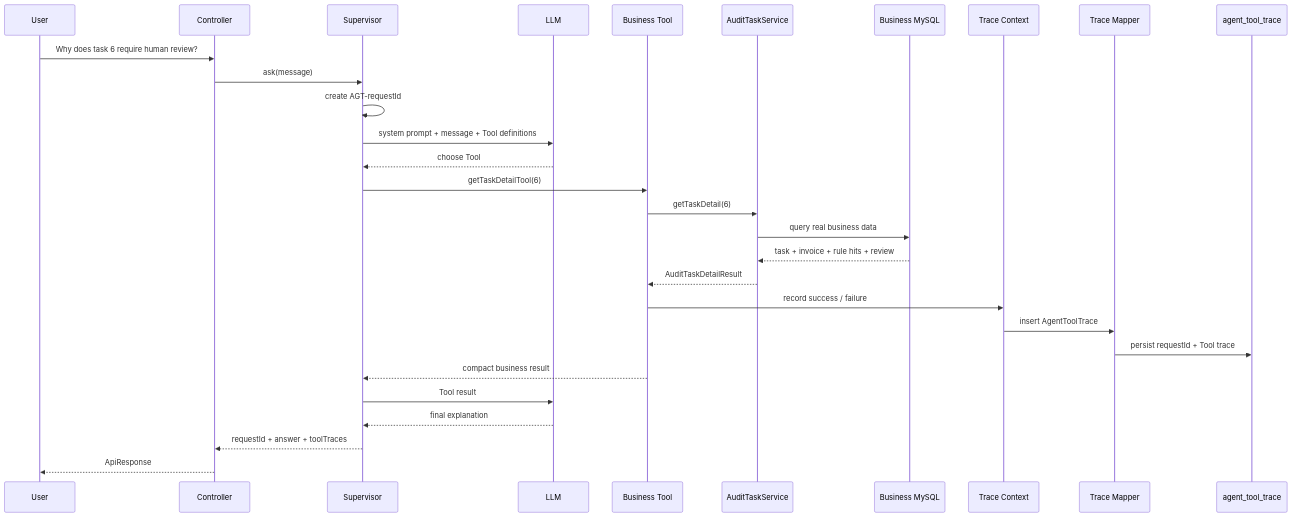
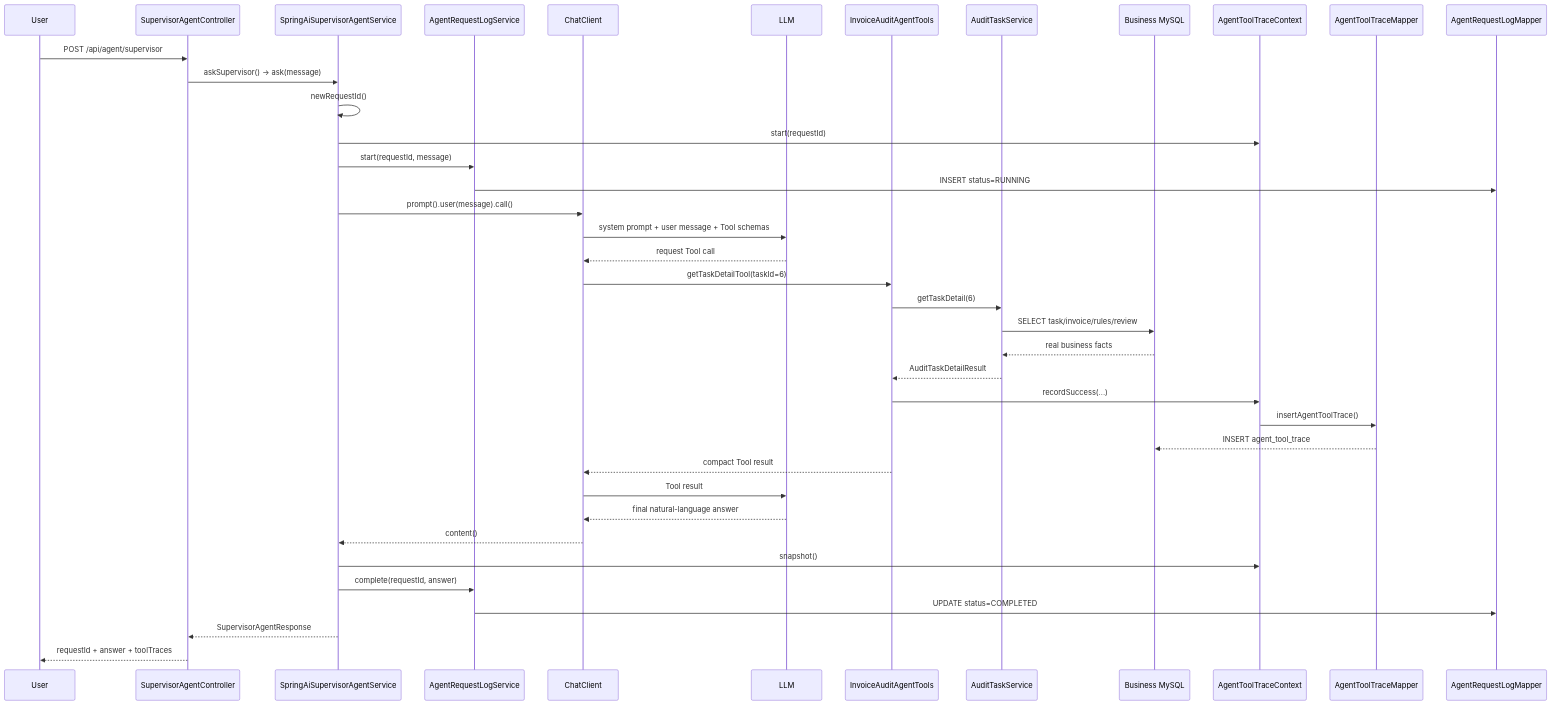
The fifth of 10 diagrams in README.md (Chuan1130/invoice-agent-system), drawn with Mermaid before and after one commit. The commit also changed other lines of this file, not shown here.

Commit message:
docs: visualize agent request lifecycle and trace replay

````diff
--- a/README.md
+++ b/README.md
@@ -236,32 +340,49 @@
 ```mermaid
 sequenceDiagram
     participant U as User
-    participant C as Controller
-    participant S as Supervisor
+    participant C as SupervisorAgentController
+    participant S as SpringAiSupervisorAgentService
+    participant RL as AgentRequestLogService
+    participant CC as ChatClient
     participant L as LLM
-    participant T as Business Tool
+    participant T as InvoiceAuditAgentTools
     participant BS as AuditTaskService
     participant DB as Business MySQL
-    participant TC as Trace Context
-    participant TM as Trace Mapper
-    participant TD as agent_tool_trace
+    participant TC as AgentToolTraceContext
+    participant TM as AgentToolTraceMapper
+    participant RM as AgentRequestLogMapper
 
-    U->>C: Why does task 6 require human review?
-    C->>S: ask(message)
-    S->>S: create AGT-requestId
-    S->>L: system prompt + message + Tool definitions
-    L-->>S: choose Tool
-    S->>T: getTaskDetailTool(6)
+    U->>C: POST /api/agent/supervisor
+    C->>S: askSupervisor() -> ask(message)
+
+    S->>S: newRequestId()
+    S->>TC: start(requestId)
+    S->>RL: start(requestId, message)
+    RL->>RM: INSERT status=RUNNING
+
+    S->>CC: prompt().user(message).call()
+    CC->>L: system prompt + user message + Tool schemas
+
+    L-->>CC: request Tool call
+    CC->>T: getTaskDetailTool(taskId=6)
     T->>BS: getTaskDetail(6)
-    BS->>DB: query real business data
-    DB-->>BS: task + invoice + rule hits + review
+    BS->>DB: SELECT task/invoice/rules/review
+    DB-->>BS: real business facts
     BS-->>T: AuditTaskDetailResult
-    T->>TC: record success / failure
-    TC->>TM: insert AgentToolTrace
-    TM->>TD: persist requestId + Tool trace
-    T-->>S: compact business result
-    S->>L: Tool result
-    L-->>S: final explanation
-    S-->>C: requestId + answer + toolTraces
-    C-->>U: ApiResponse
+
+    T->>TC: recordSuccess(...)
+    TC->>TM: insertAgentToolTrace()
+    TM-->>DB: INSERT agent_tool_trace
+
+    T-->>CC: compact Tool result
+    CC->>L: Tool result
+    L-->>CC: final natural-language answer
+    CC-->>S: content()
+
+    S->>TC: snapshot()
+    S->>RL: complete(requestId, answer)
+    RL->>RM: UPDATE status=COMPLETED
+
+    S-->>C: SupervisorAgentResponse
+    C-->>U: requestId + answer + toolTraces
 ```
````
